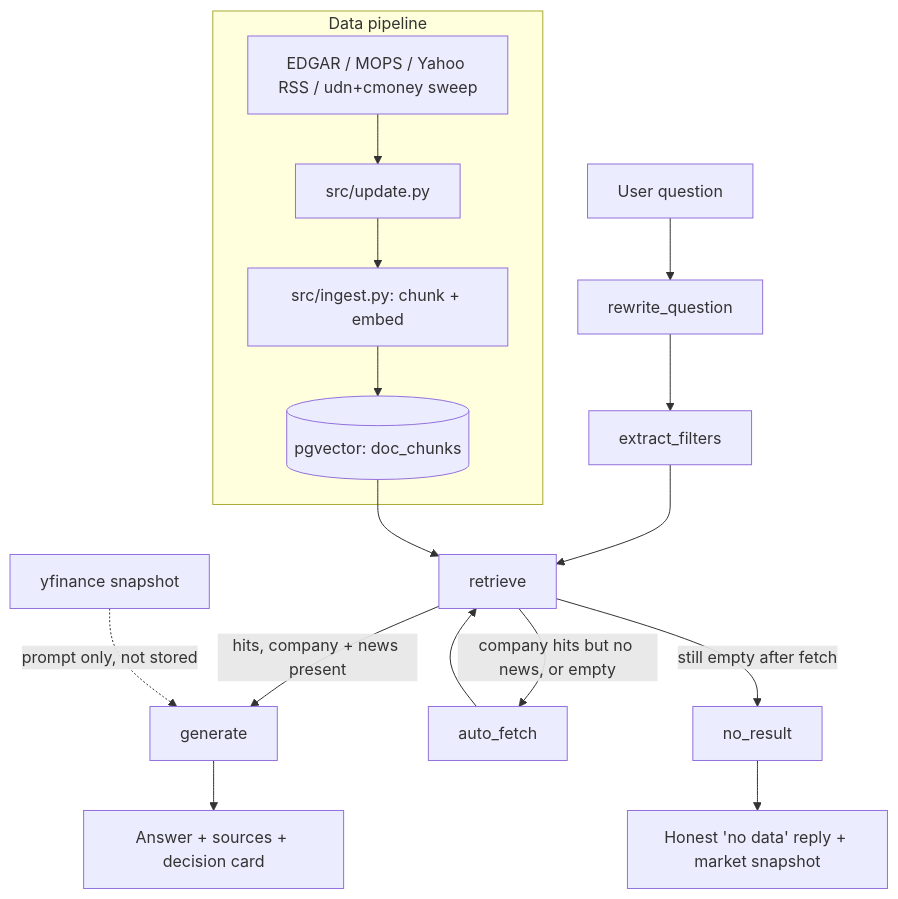
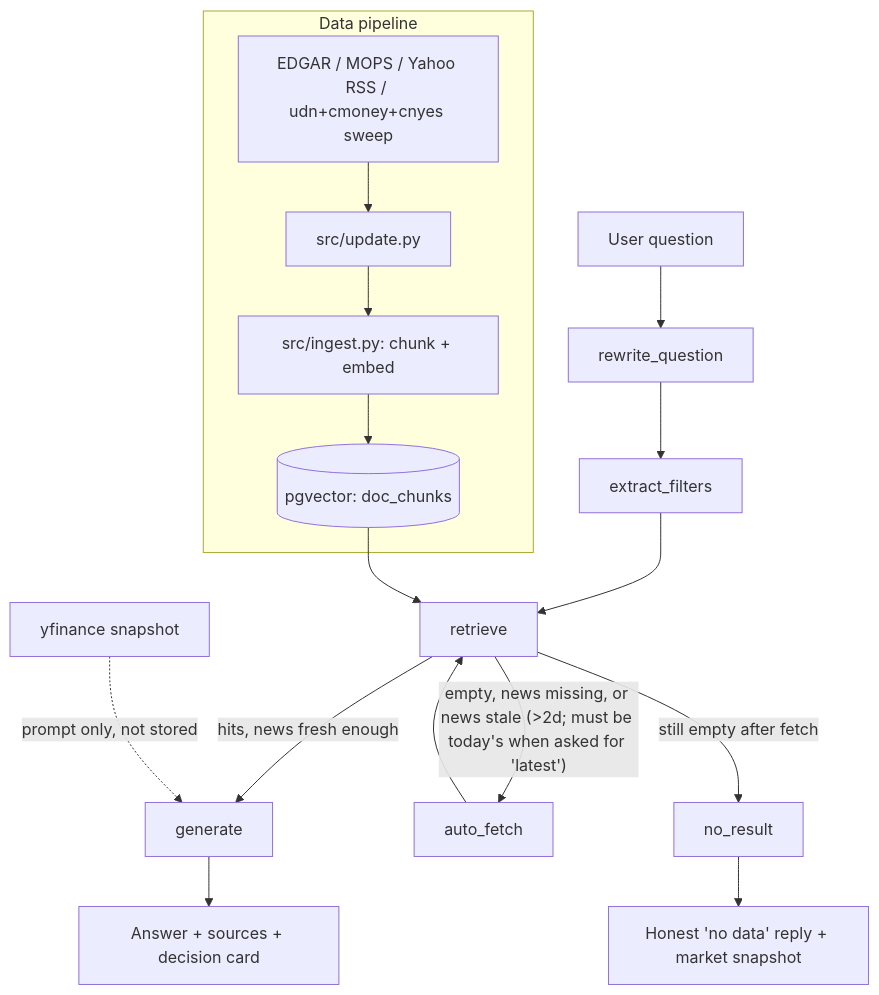
The fourth of 10 diagrams in docs/AI_Product_Case_Study.md (thelilywang/finance-ai-assistant), drawn with Mermaid before and after one commit. The commit also changed other lines of this file and 2 other files, not shown here.

Commit message:
docs: sync docs and diagrams with new features
- README gains bilingual Architecture sections with the full
  mermaid graph; features/commands updated for consensus,
  charts, PDF download, cnyes sources
- PROJECT.md and AI_Product_Case_Study.md LangGraph diagrams
  updated with freshness-routing edge labels and cnyes source
- New design decisions (no LLM probabilities/confidence; Chrome
  over weasyprint) and known limitations recorded

````diff
--- a/docs/AI_Product_Case_Study.md
+++ b/docs/AI_Product_Case_Study.md
@@ -776,20 +776,20 @@
 ```mermaid
 flowchart TD
     U[User question] --> RW[rewrite_question]
     RW --> EF[extract_filters]
     EF --> RT[retrieve]
-    RT -->|hits, company + news present| GEN[generate]
-    RT -->|company hits but no news, or empty| AF[auto_fetch]
+    RT -->|"hits, news fresh enough"| GEN[generate]
+    RT -->|"empty, news missing, or news stale (>2d; must be today's when asked for 'latest')"| AF[auto_fetch]
     AF --> RT
     RT -->|still empty after fetch| NR[no_result]
     GEN --> A[Answer + sources + decision card]
     NR --> B["Honest 'no data' reply + market snapshot"]
 
     subgraph Data pipeline
-        SRC[EDGAR / MOPS / Yahoo RSS / udn+cmoney sweep] --> UP[src/update.py]
+        SRC[EDGAR / MOPS / Yahoo RSS / udn+cmoney+cnyes sweep] --> UP[src/update.py]
         UP --> ING[src/ingest.py: chunk + embed]
         ING --> PG[(pgvector: doc_chunks)]
     end
     PG --> RT
     YF[yfinance snapshot] -.prompt only, not stored.-> GEN
 ```
````
